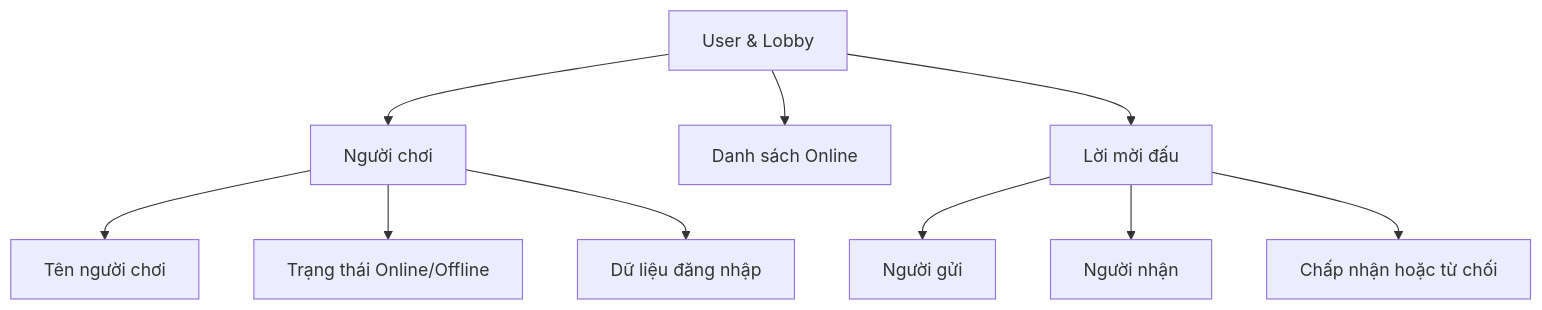
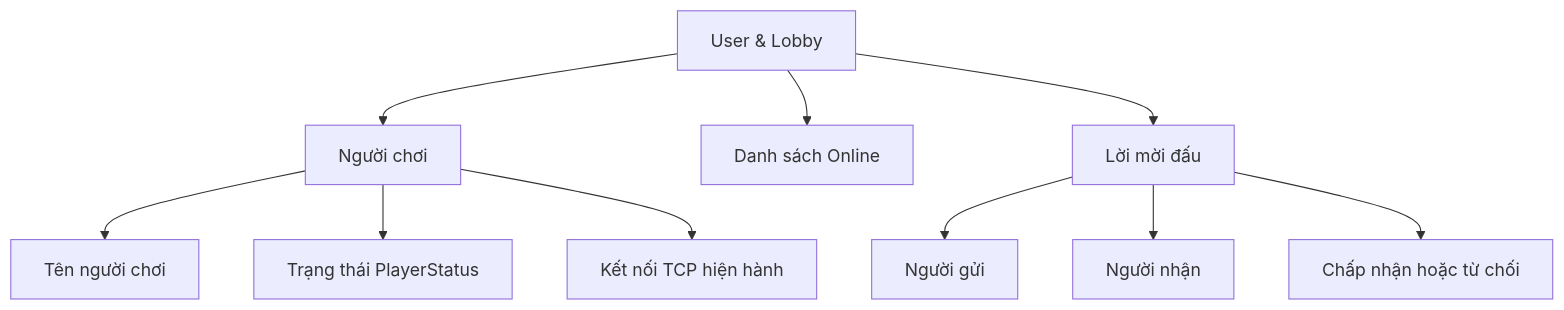
Before and after one commit to younglilbon/NET_262701303_03-UDM_16: the third of 5 diagrams in DOCX/Design/user_lobby.md, drawn with Mermaid. The commit also changed other lines of this file and 9 other files, not shown here.

````diff
--- a/DOCX/Design/user_lobby.md
+++ b/DOCX/Design/user_lobby.md
@@ -89,14 +113,14 @@
 ```mermaid
 flowchart TD
     A[User & Lobby] --> B[Người chơi]
     A --> C[Danh sách Online]
     A --> D[Lời mời đấu]
 
     B --> B1[Tên người chơi]
-    B --> B2[Trạng thái Online/Offline]
-    B --> B3[Dữ liệu đăng nhập]
+    B --> B2[Trạng thái PlayerStatus]
+    B --> B3[Kết nối TCP hiện hành]
 
     D --> D1[Người gửi]
     D --> D2[Người nhận]
     D --> D3[Chấp nhận hoặc từ chối]
 ```
````
